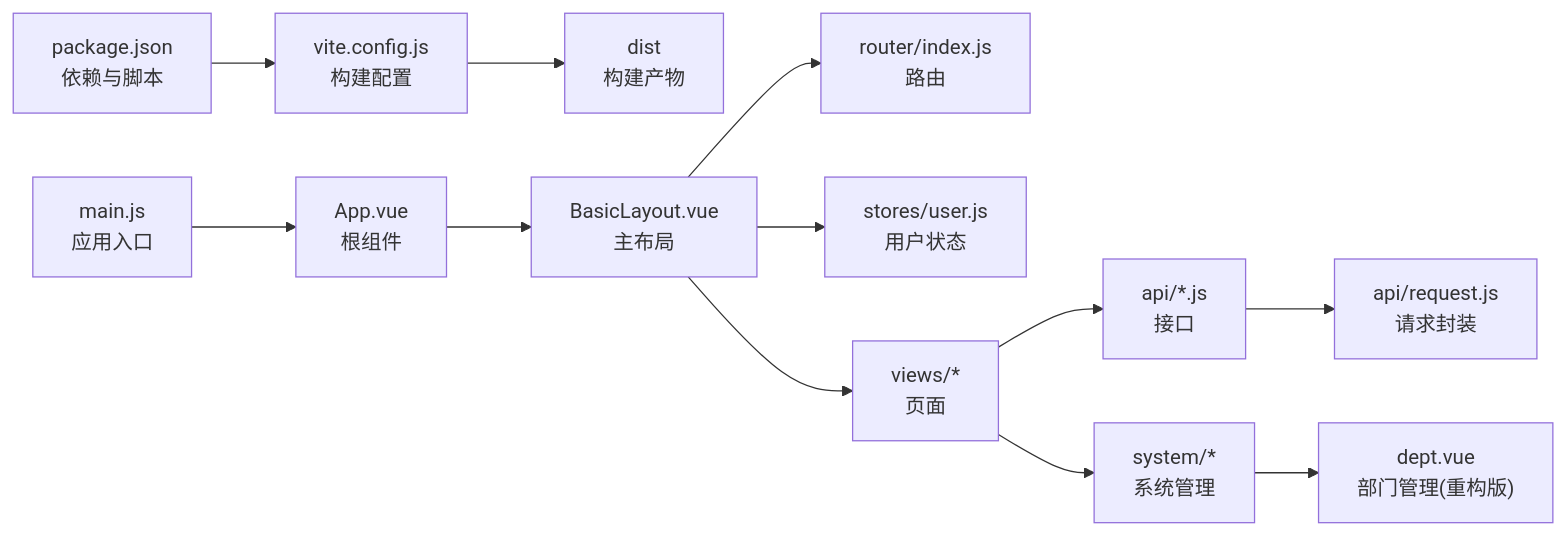
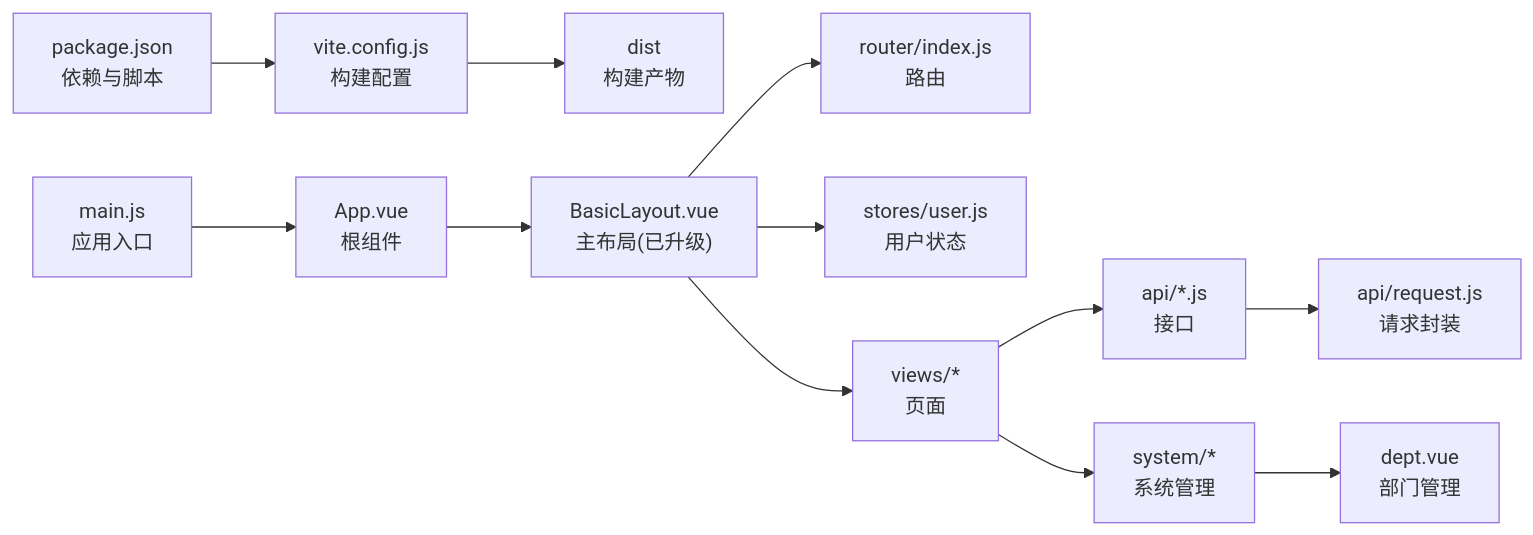
The seventh of 7 diagrams in .qoder/repowiki/zh/content/用户界面设计/管理后台架构.md (liming-lihaini/workflow), drawn with Mermaid before and after one commit. The commit also changed other lines of this file and 49 other files, not shown here.

````diff
--- a/.qoder/repowiki/zh/content/用户界面设计/管理后台架构.md
+++ b/.qoder/repowiki/zh/content/用户界面设计/管理后台架构.md
@@ -325,14 +334,14 @@
 ```mermaid
 graph LR
 P["package.json<br/>依赖与脚本"] --> V["vite.config.js<br/>构建配置"]
 V --> D["dist<br/>构建产物"]
 M["main.js<br/>应用入口"] --> A["App.vue<br/>根组件"]
-A --> L["BasicLayout.vue<br/>主布局"]
+A --> L["BasicLayout.vue<br/>主布局(已升级)"]
 L --> R["router/index.js<br/>路由"]
 L --> S["stores/user.js<br/>用户状态"]
 L --> VIEWS["views/*<br/>页面"]
 VIEWS --> API["api/*.js<br/>接口"]
 API --> REQ["api/request.js<br/>请求封装"]
 VIEWS --> SYS["system/*<br/>系统管理"]
-SYS --> DEPT["dept.vue<br/>部门管理(重构版)"]
+SYS --> DEPT["dept.vue<br/>部门管理"]
 ```
````
